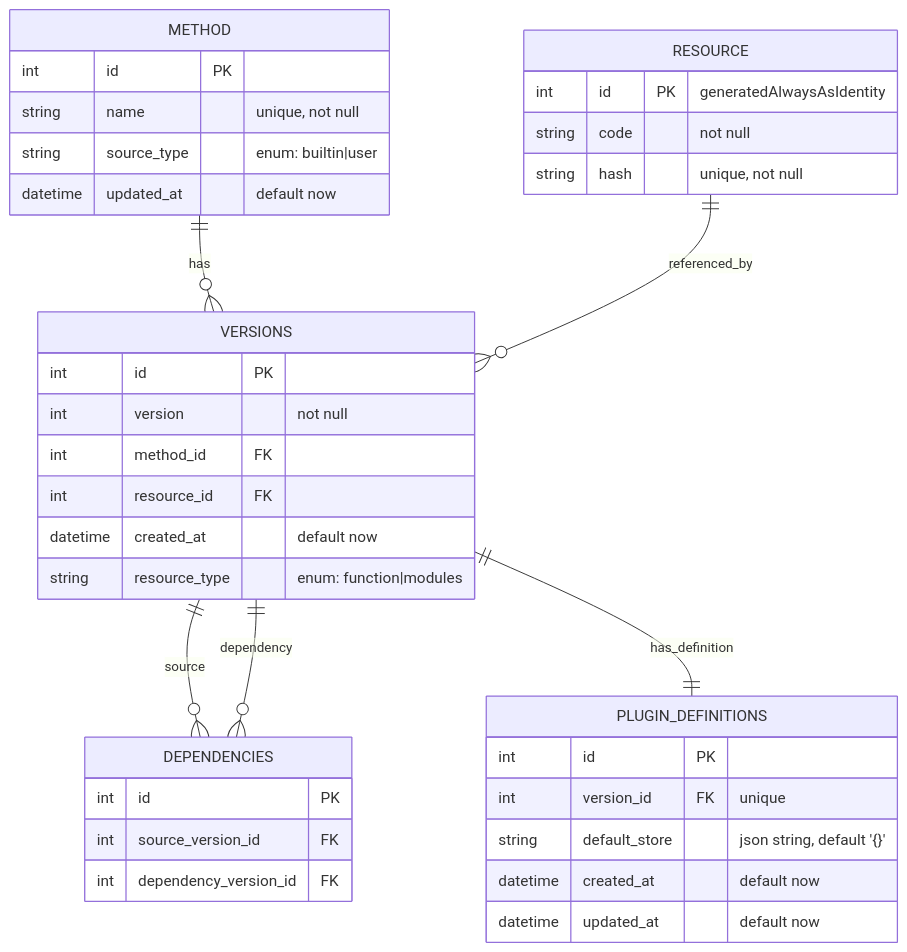
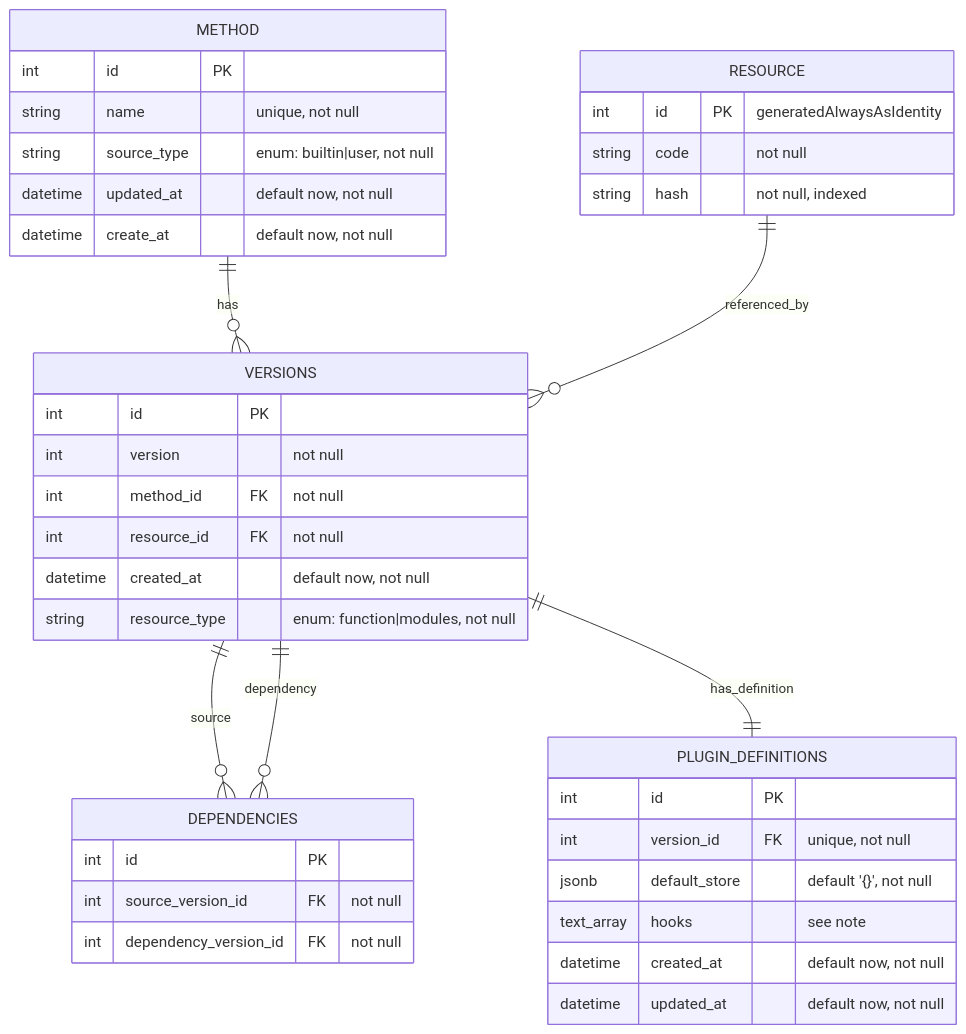
Before and after one commit to Pikacnu/mahjong-system: the diagram in modules/function-storage/db/ER-diagram.md, drawn with Mermaid. The commit also changed other lines of this file and 4 other files, not shown here.

First line of the commit message:
fix(function-storage): enforce NOT NULL on plugin_definitions.hooks

````diff
--- a/modules/function-storage/db/ER-diagram.md
+++ b/modules/function-storage/db/ER-diagram.md
@@ -9,40 +9,42 @@
 ```mermaid
 erDiagram
     RESOURCE {
         int id PK "generatedAlwaysAsIdentity"
         string code "not null"
-        string hash "unique, not null"
+        string hash "not null, indexed"
     }
     METHOD {
         int id PK
         string name "unique, not null"
-        string source_type "enum: builtin|user"
-        datetime updated_at "default now"
+        string source_type "enum: builtin|user, not null"
+        datetime updated_at "default now, not null"
+        datetime create_at "default now, not null"
     }
     VERSIONS {
         int id PK
         int version "not null"
-        int method_id FK
-        int resource_id FK
-        datetime created_at "default now"
-        string resource_type "enum: function|modules"
+        int method_id FK "not null"
+        int resource_id FK "not null"
+        datetime created_at "default now, not null"
+        string resource_type "enum: function|modules, not null"
     }
     DEPENDENCIES {
         int id PK
-        int source_version_id FK
-        int dependency_version_id FK
+        int source_version_id FK "not null"
+        int dependency_version_id FK "not null"
     }
     PLUGIN_DEFINITIONS {
         int id PK
-        int version_id FK "unique"
-        string default_store "json string, default '{}'"
-        datetime created_at "default now"
-        datetime updated_at "default now"
+        int version_id FK "unique, not null"
+        jsonb default_store "default '{}', not null"
+        text_array hooks "see note"
+        datetime created_at "default now, not null"
+        datetime updated_at "default now, not null"
     }
 
     METHOD ||--o{ VERSIONS : has
     RESOURCE ||--o{ VERSIONS : referenced_by
     VERSIONS ||--o{ DEPENDENCIES : source
     VERSIONS ||--o{ DEPENDENCIES : dependency
     VERSIONS ||--|| PLUGIN_DEFINITIONS : has_definition
 ```
````
